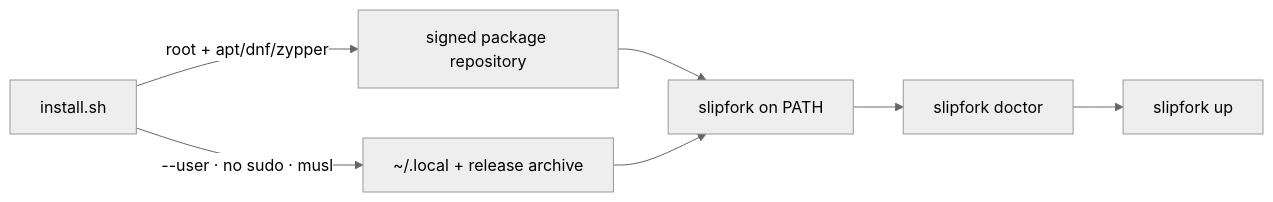
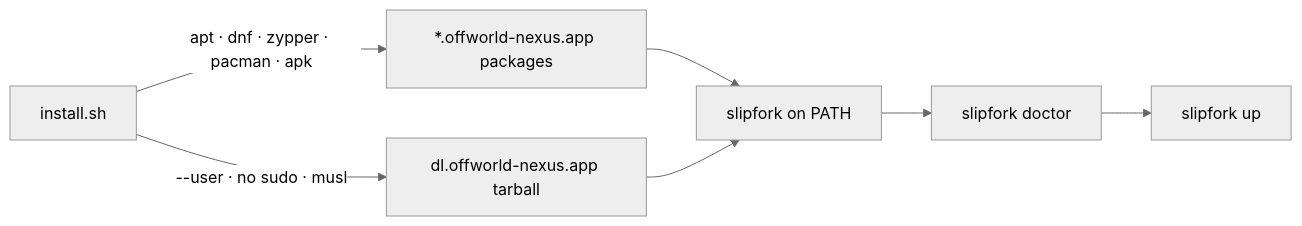
The first of 2 diagrams in docs/install.md (OffworldNexus/slipfork), drawn with Mermaid (neutral theme) before and after one commit. The commit also changed other lines of this file and 9 other files, not shown here.

Commit message:
[M3.53.2] Installer and docs on *.offworld-nexus.app signed repositories (zero Cloudsmith/Forgejo)

````diff
--- a/docs/install.md
+++ b/docs/install.md
@@ -14,9 +14,9 @@
 ```mermaid
 flowchart LR
-  SH["install.sh"] -- "root + apt/dnf/zypper" --> Repo["signed package repository"]
-  SH -- "--user · no sudo · musl" --> Archive["~/.local + release archive"]
+  SH["install.sh"] -- "apt · dnf · zypper · pacman · apk" --> Repo["*.offworld-nexus.app packages"]
+  SH -- "--user · no sudo · musl" --> Archive["dl.offworld-nexus.app tarball"]
   Repo --> Bin["slipfork on PATH"]
   Archive --> Bin
   Bin --> Doctor["slipfork doctor"]
   Doctor --> Up["slipfork up"]
 ```
````
